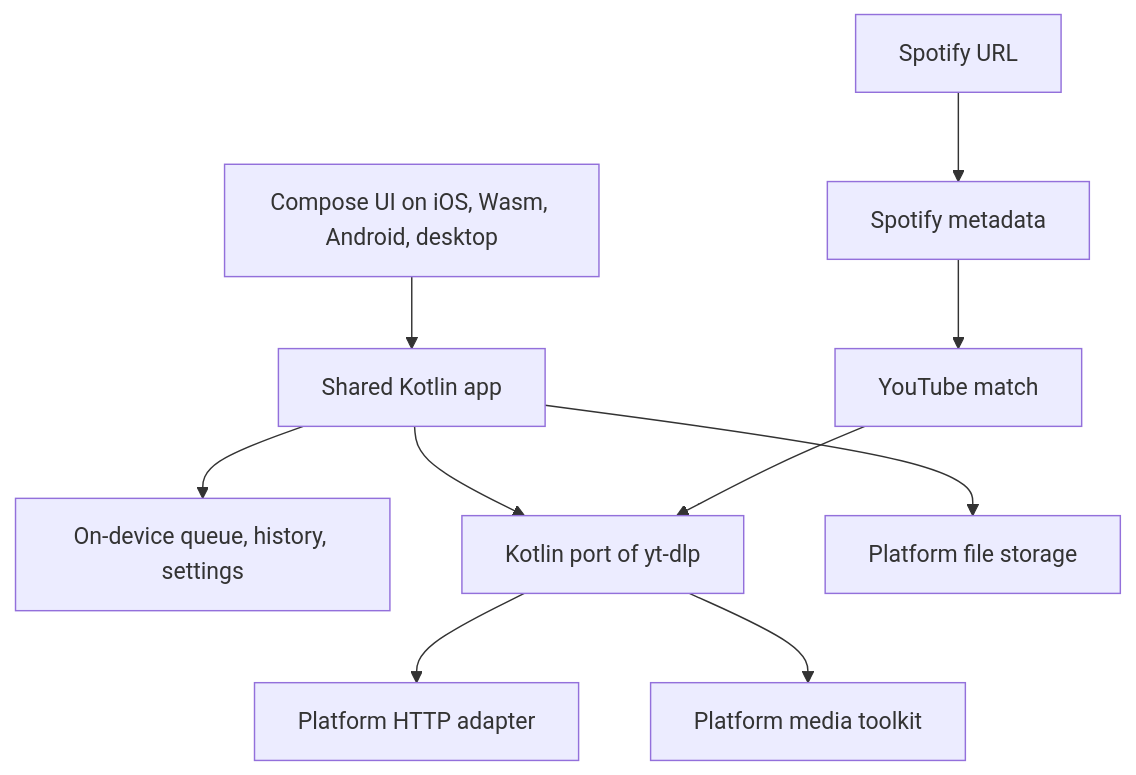
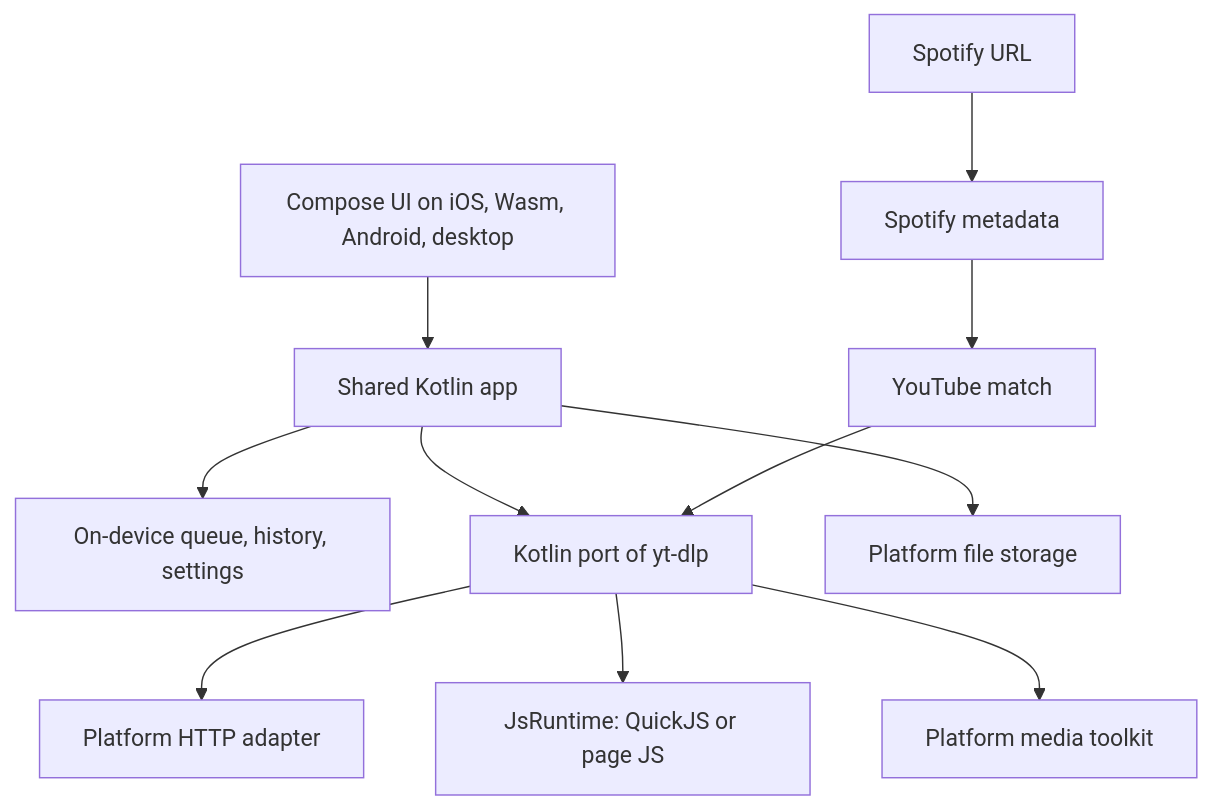
The first of 2 diagrams in vault/02-architecture/Architecture.md (lucassales2/anydownload), drawn with Mermaid before and after one commit. The commit also changed other lines of this file and 35 other files, not shown here.

````diff
--- a/vault/02-architecture/Architecture.md
+++ b/vault/02-architecture/Architecture.md
@@ -15,12 +15,13 @@
 ```mermaid
 flowchart TD
     UI[Compose UI on iOS, Wasm, Android, desktop] --> APP[Shared Kotlin app]
     APP --> Q[On-device queue, history, settings]
     APP --> E[Kotlin port of yt-dlp]
     SpotifyUrl[Spotify URL] --> Meta[Spotify metadata]
     Meta --> Match[YouTube match]
     Match --> E
     E --> HTTP[Platform HTTP adapter]
+    E --> JS[JsRuntime: QuickJS or page JS]
     E --> MEDIA[Platform media toolkit]
     APP --> FILES[Platform file storage]
 ```
````
